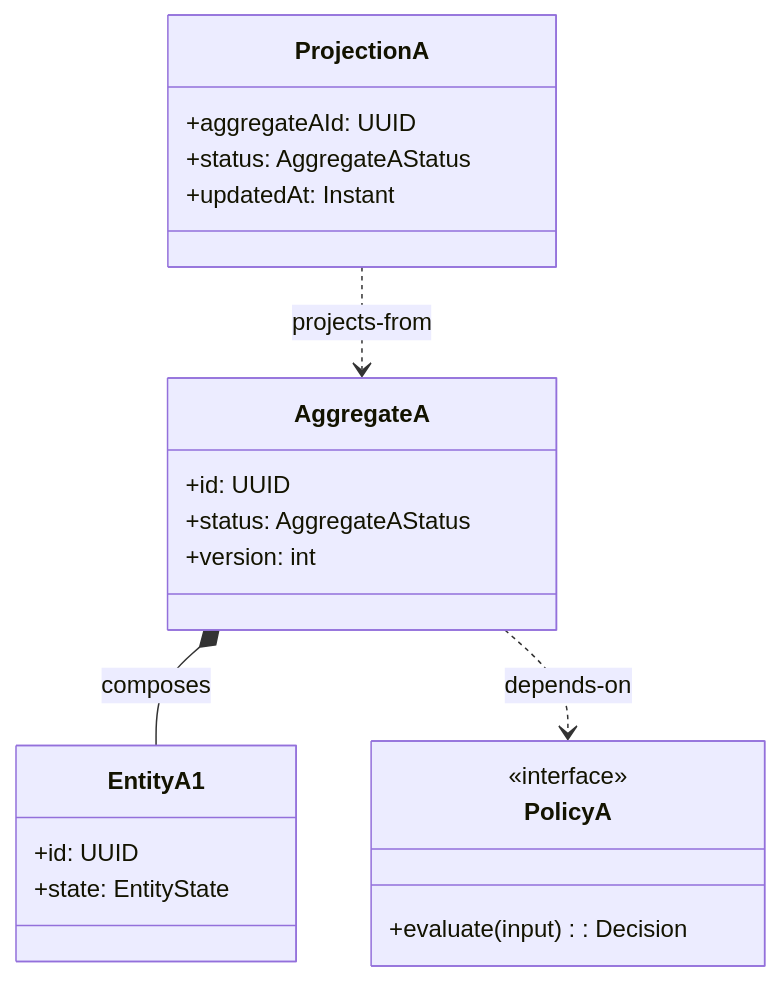
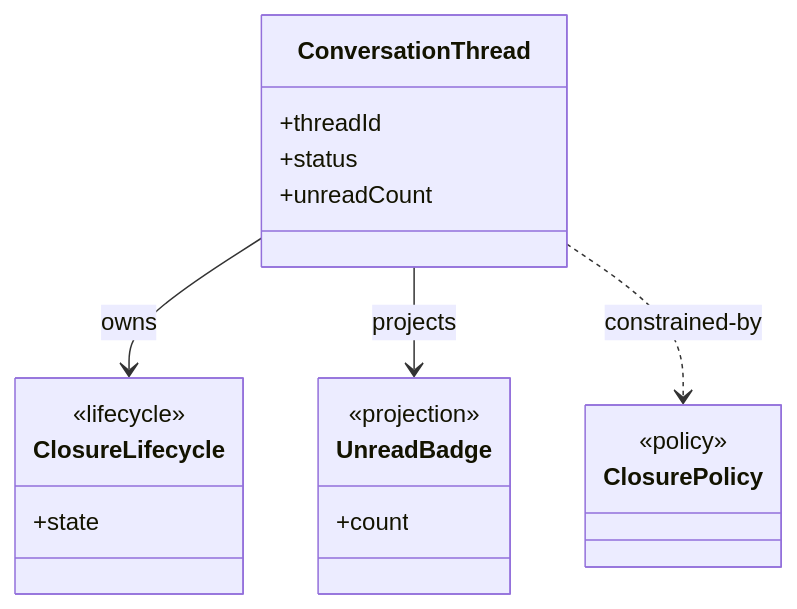
Before and after one commit to bigsmartben/sdd: the first of 2 diagrams in templates/data-model-template.md, drawn with Mermaid. The commit also changed other lines of this file and 23 other files, not shown here.

````diff
--- a/templates/data-model-template.md
+++ b/templates/data-model-template.md
@@ -193,28 +60,26 @@
 ```mermaid
 classDiagram
-    class AggregateA {
-        +id: UUID
-        +status: AggregateAStatus
-        +version: int
+    class ConversationThread {
+        +threadId
+        +status
+        +unreadCount
     }
 
-    class EntityA1 {
-        +id: UUID
-        +state: EntityState
+    class ClosureLifecycle {
+        <<lifecycle>>
+        +state
     }
 
-    class ProjectionA {
-        +aggregateAId: UUID
-        +status: AggregateAStatus
-        +updatedAt: Instant
+    class UnreadBadge {
+        <<projection>>
+        +count
     }
 
-    class PolicyA {
-        <<interface>>
-        +evaluate(input): Decision
+    class ClosurePolicy {
+        <<policy>>
     }
 
-    AggregateA *-- EntityA1 : composes
-    ProjectionA ..> AggregateA : projects-from
-    AggregateA ..> PolicyA : depends-on
+    ConversationThread --> ClosureLifecycle : owns
+    ConversationThread --> UnreadBadge : projects
+    ConversationThread ..> ClosurePolicy : constrained-by
 ```
````
